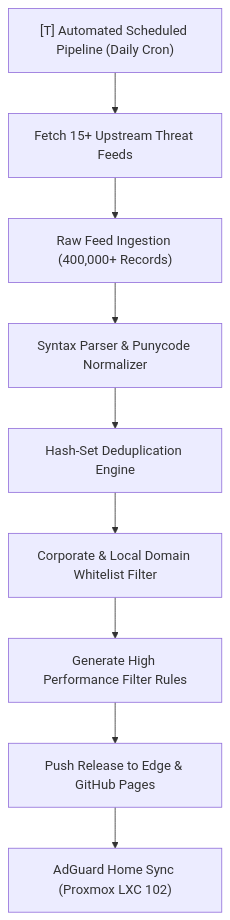
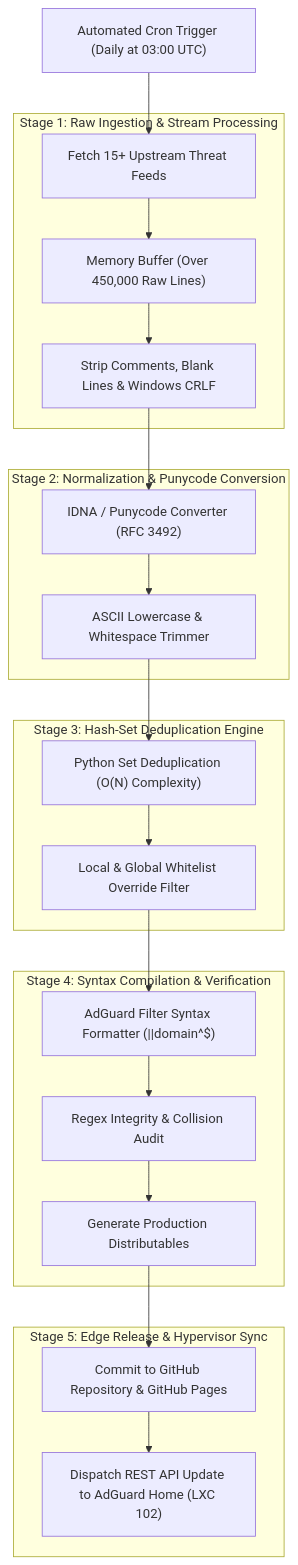
The diagram in docs/apps/services/dnsfilters.md (IAndrexI/documentation), drawn with Mermaid before and after one commit. The commit also changed other lines of this file and 14 other files, not shown here.

````diff
--- a/docs/apps/services/dnsfilters.md
+++ b/docs/apps/services/dnsfilters.md
@@ -7,11 +9,30 @@
 ```mermaid
 flowchart TD
-    Trigger["[T] Automated Scheduled Pipeline (Daily Cron)"] --> Upstream["Fetch 15+ Upstream Threat Feeds"]
-    Upstream --> Ingestion["Raw Feed Ingestion (400,000+ Records)"]
-    Ingestion --> SyntaxEngine["Syntax Parser & Punycode Normalizer"]
-    SyntaxEngine --> Dedupe["Hash-Set Deduplication Engine"]
-    Dedupe --> AllowlistVerify["Corporate & Local Domain Whitelist Filter"]
-    AllowlistVerify --> FastRegex["Generate High Performance Filter Rules"]
-    FastRegex --> DeployEdge["Push Release to Edge & GitHub Pages"]
-    DeployEdge --> AdGuardSync["AdGuard Home Sync (Proxmox LXC 102)"]
+    Schedule["Automated Cron Trigger (Daily at 03:00 UTC)"] --> FetchSources["Fetch 15+ Upstream Threat Feeds"]
+    
+    subgraph IngestionStage["Stage 1: Raw Ingestion & Stream Processing"]
+        FetchSources --> Buffer["Memory Buffer (Over 450,000 Raw Lines)"]
+        Buffer --> CleanComments["Strip Comments, Blank Lines & Windows CRLF"]
+    end
+
+    subgraph NormalizationStage["Stage 2: Normalization & Punycode Conversion"]
+        CleanComments --> Punycode["IDNA / Punycode Converter (RFC 3492)"]
+        Punycode --> CaseFold["ASCII Lowercase & Whitespace Trimmer"]
+    end
+
+    subgraph DeduplicationStage["Stage 3: Hash-Set Deduplication Engine"]
+        CaseFold --> HashSet["Python Set Deduplication (O(N) Complexity)"]
+        HashSet --> WhitelistFilter["Local & Global Whitelist Override Filter"]
+    end
+
+    subgraph CompilationStage["Stage 4: Syntax Compilation & Verification"]
+        WhitelistFilter --> AdGuardSyntax["AdGuard Filter Syntax Formatter (||domain^$)"]
+        AdGuardSyntax --> SyntaxCheck["Regex Integrity & Collision Audit"]
+        SyntaxCheck --> Export["Generate Production Distributables"]
+    end
+
+    subgraph DeploymentStage["Stage 5: Edge Release & Hypervisor Sync"]
+        Export --> GHRelease["Commit to GitHub Repository & GitHub Pages"]
+        GHRelease --> WebhookTrigger["Dispatch REST API Update to AdGuard Home (LXC 102)"]
+    end
 ```
````
